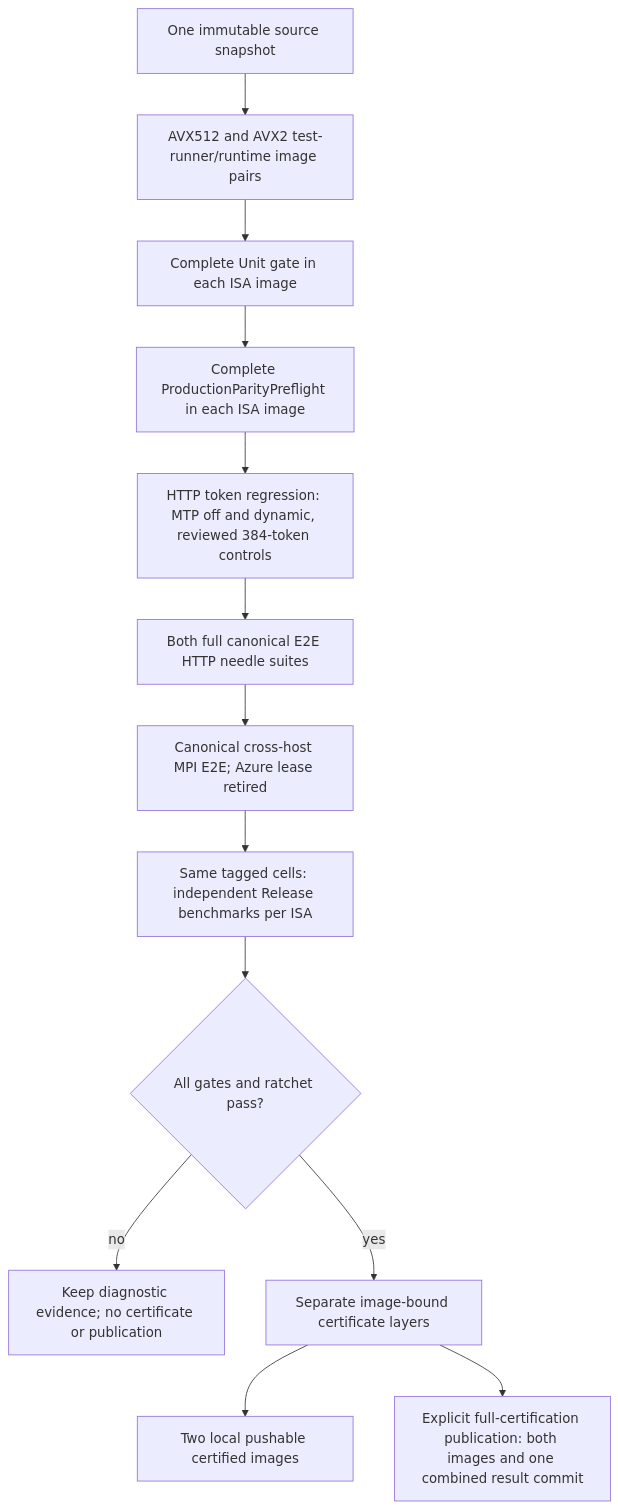
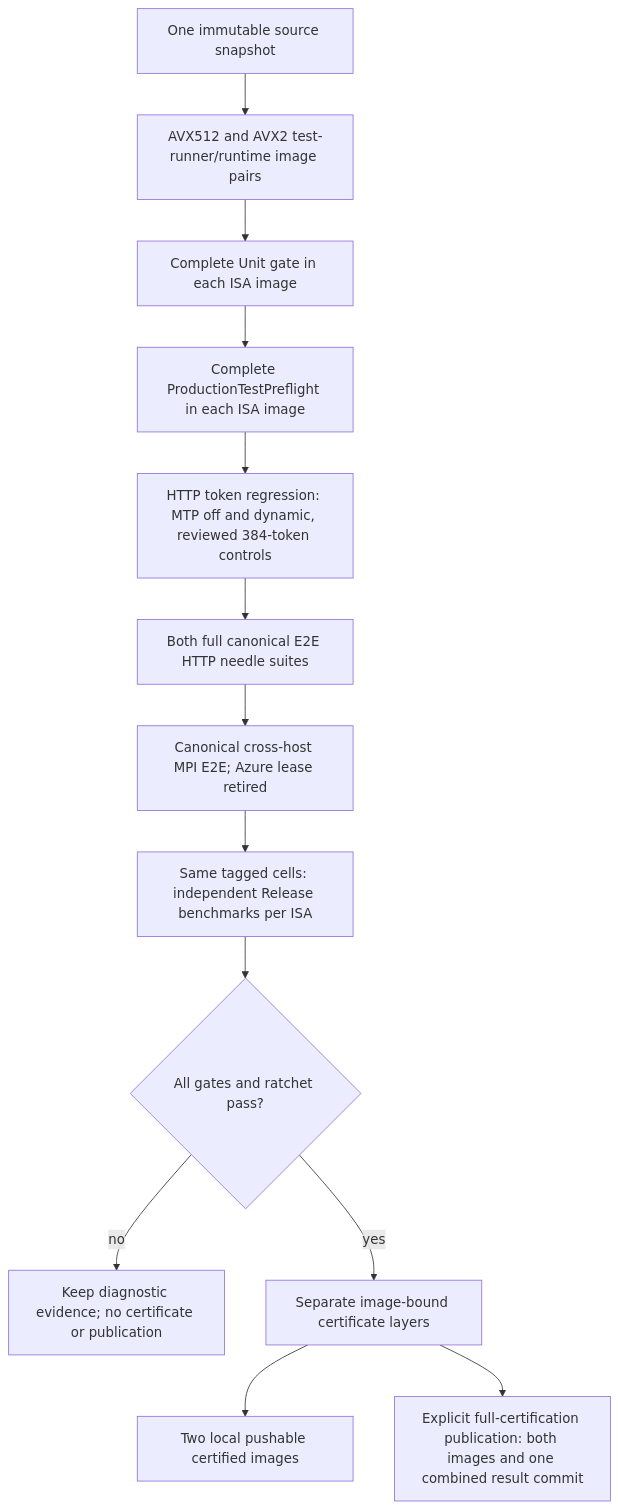
Before and after one commit to Llaminar/llaminar: the diagram in docs/production-ci.md, drawn with Mermaid. The commit also changed other lines of this file and 11628 other files, not shown here.

````diff
--- a/docs/production-ci.md
+++ b/docs/production-ci.md
@@ -165,15 +171,15 @@
 ```mermaid
 flowchart TD
     S[One immutable source snapshot] --> B[AVX512 and AVX2 test-runner/runtime image pairs]
     B --> U[Complete Unit gate in each ISA image]
-    U --> P[Complete ProductionParityPreflight in each ISA image]
+    U --> P[Complete ProductionTestPreflight in each ISA image]
     P --> G[HTTP token regression: MTP off and dynamic, reviewed 384-token controls]
     G --> E[Both full canonical E2E HTTP needle suites]
     E --> X[Canonical cross-host MPI E2E; Azure lease retired]
     X --> T[Same tagged cells: independent Release benchmarks per ISA]
     T --> R{All gates and ratchet pass?}
     R -- no --> F[Keep diagnostic evidence; no certificate or publication]
     R -- yes --> C[Separate image-bound certificate layers]
     C --> L[Two local pushable certified images]
     C --> O[Explicit full-certification publication: both images and one combined result commit]
 ```
````
